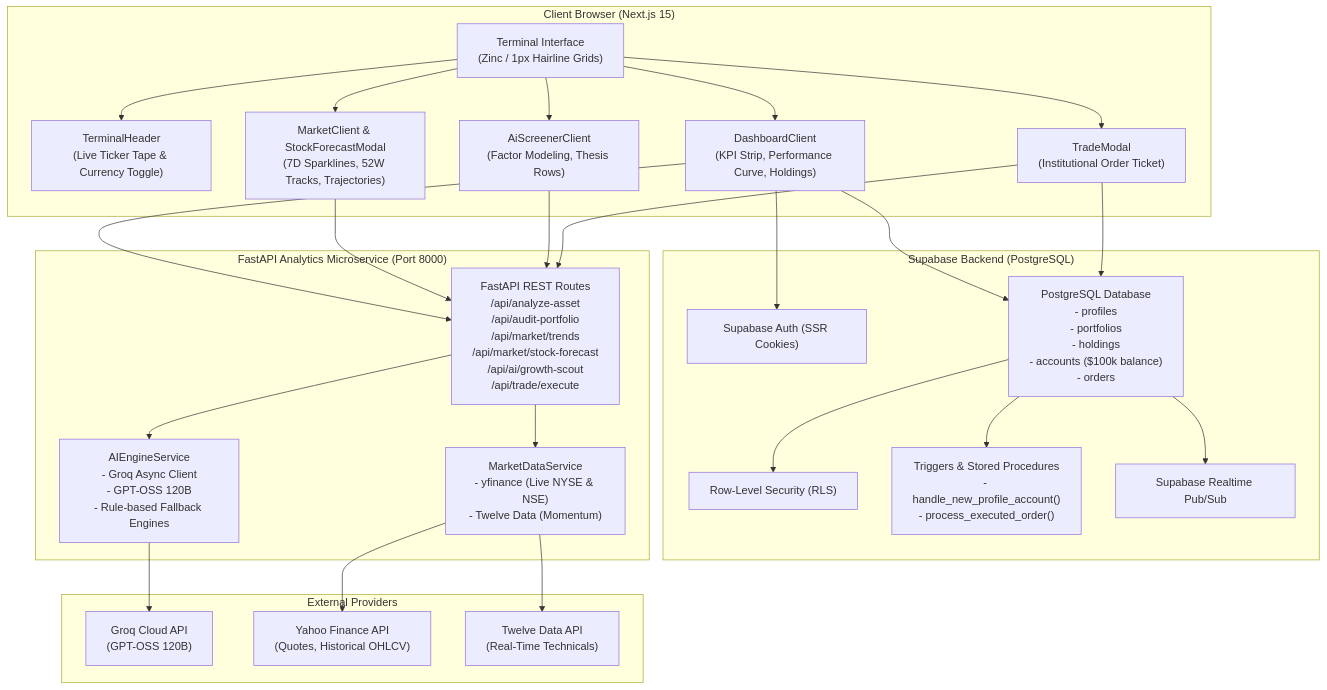
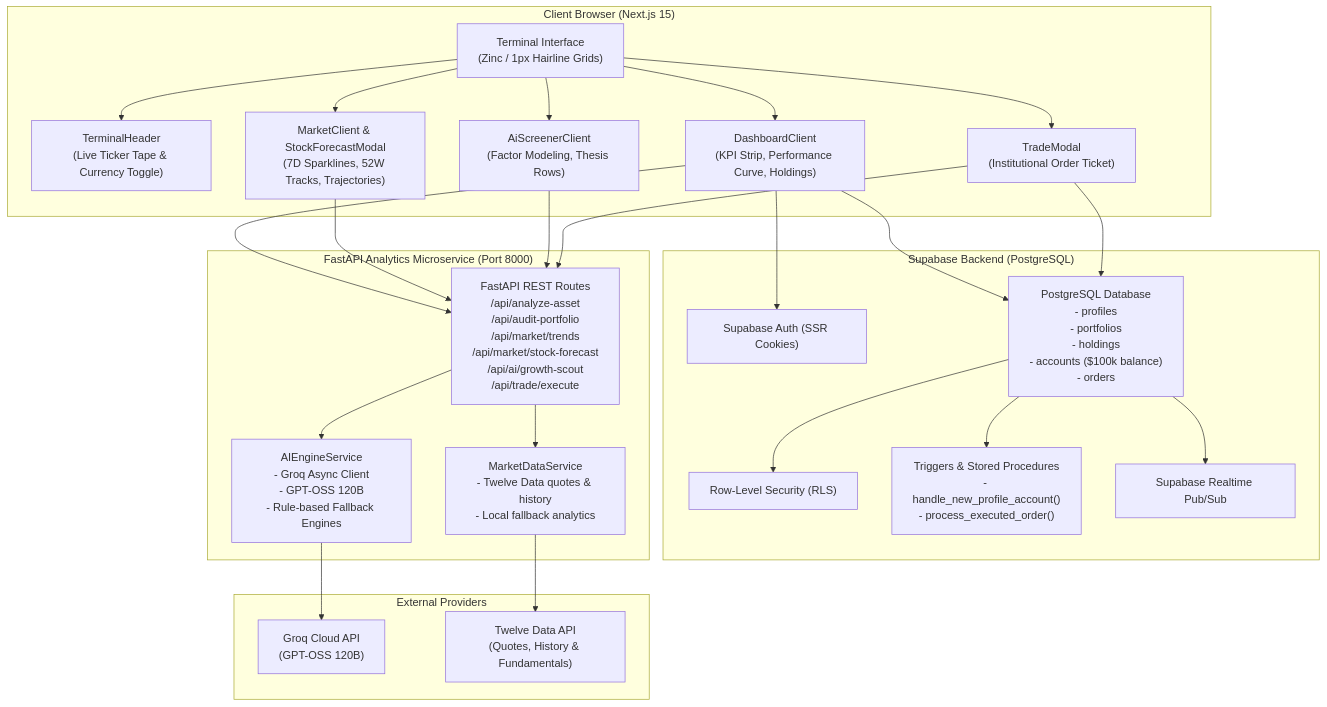
The diagram in PROJECT_DOCUMENTATION.md (akarsh957/SimpleInvest), drawn with Mermaid before and after one commit. The commit also changed other lines of this file and 11 other files, not shown here.

Commit message:
Migrate market data to Twelve Data

````diff
--- a/PROJECT_DOCUMENTATION.md
+++ b/PROJECT_DOCUMENTATION.md
@@ -33,56 +33,54 @@
 ```mermaid
 graph TD
     subgraph Client ["Client Browser (Next.js 15)"]
         UI["Terminal Interface<br/>(Zinc / 1px Hairline Grids)"]
         Nav["TerminalHeader<br/>(Live Ticker Tape & Currency Toggle)"]
         Dash["DashboardClient<br/>(KPI Strip, Performance Curve, Holdings)"]
         Mkt["MarketClient & StockForecastModal<br/>(7D Sparklines, 52W Tracks, Trajectories)"]
         Scr["AiScreenerClient<br/>(Factor Modeling, Thesis Rows)"]
         Trd["TradeModal<br/>(Institutional Order Ticket)"]
     end
 
     subgraph Supabase ["Supabase Backend (PostgreSQL)"]
         Auth["Supabase Auth (SSR Cookies)"]
         DB["PostgreSQL Database<br/>- profiles<br/>- portfolios<br/>- holdings<br/>- accounts ($100k balance)<br/>- orders"]
         RLS["Row-Level Security (RLS)"]
         Triggers["Triggers & Stored Procedures<br/>- handle_new_profile_account()<br/>- process_executed_order()"]
         Realtime["Supabase Realtime Pub/Sub"]
     end
 
     subgraph FastAPI ["FastAPI Analytics Microservice (Port 8000)"]
         API["FastAPI REST Routes<br/>/api/analyze-asset<br/>/api/audit-portfolio<br/>/api/market/trends<br/>/api/market/stock-forecast<br/>/api/ai/growth-scout<br/>/api/trade/execute"]
-        DataSvc["MarketDataService<br/>- yfinance (Live NYSE & NSE)<br/>- Twelve Data (Momentum)"]
+        DataSvc["MarketDataService<br/>- Twelve Data quotes & history<br/>- Local fallback analytics"]
         AIEngine["AIEngineService<br/>- Groq Async Client<br/>- GPT-OSS 120B<br/>- Rule-based Fallback Engines"]
     end
 
     subgraph External ["External Providers"]
         Groq["Groq Cloud API<br/>(GPT-OSS 120B)"]
-        YF["Yahoo Finance API<br/>(Quotes, Historical OHLCV)"]
-        TD["Twelve Data API<br/>(Real-Time Technicals)"]
+        TD["Twelve Data API<br/>(Quotes, History & Fundamentals)"]
     end
 
     UI --> Nav
     UI --> Dash
     UI --> Mkt
     UI --> Scr
     UI --> Trd
 
     Dash --> Auth
     Dash --> DB
     Dash --> API
     Mkt --> API
     Scr --> API
     Trd --> API
     Trd --> DB
 
     DB --> RLS
     DB --> Triggers
     DB --> Realtime
 
     API --> DataSvc
     API --> AIEngine
 
-    DataSvc --> YF
     DataSvc --> TD
     AIEngine --> Groq
 ```
````
